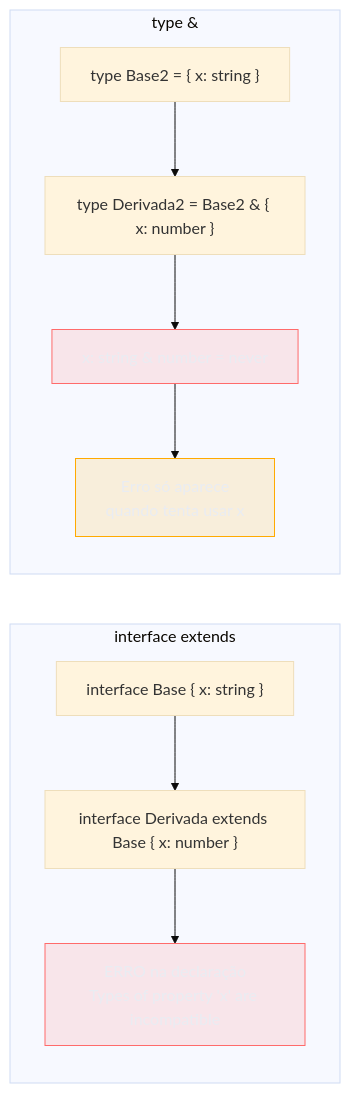
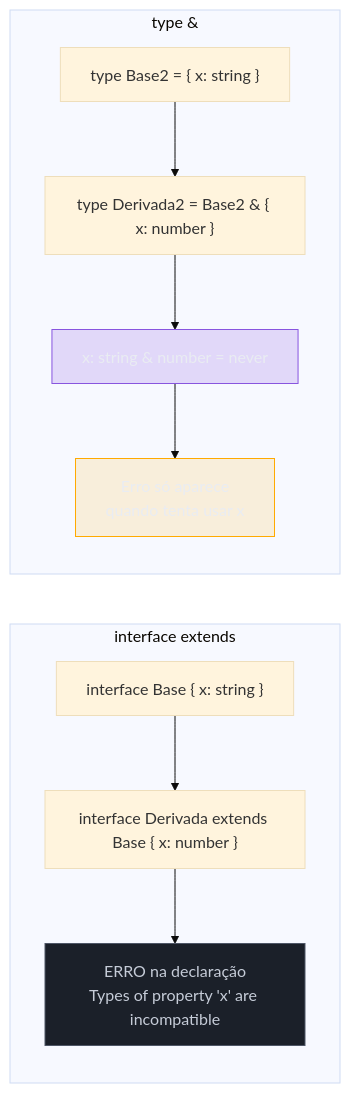
The second of 4 diagrams in 03-Dominios/Tecnologia/TypeScript/06 - Objetos - interface vs type.md (josenaldo/codex-technomanticus), drawn with Mermaid (base theme) before and after one commit. The commit also changed other lines of this file and 601 other files, not shown here.

````diff
--- a/03-Dominios/Tecnologia/TypeScript/06 - Objetos - interface vs type.md
+++ b/03-Dominios/Tecnologia/TypeScript/06 - Objetos - interface vs type.md
@@ -274,17 +273,18 @@
 ```mermaid
 flowchart LR
-    classDef falha fill:#FF6B6B24,stroke:#FF6B6B,color:#E9ECF2
+    classDef marca fill:#8855DF33,stroke:#8855DF,color:#E9ECF2
+    classDef neutro fill:#1B2029,stroke:#4E5666,color:#C6CCD8
     classDef destaque fill:#FFAA0024,stroke:#FFAA00,color:#E9ECF2
     subgraph EXT["interface extends"]
         A["interface Base { x: string }"] --> B["interface Derivada extends Base { x: number }"]
         B --> EERR["ERRO na declaração\nTypes of property 'x' are incompatible"]
-        class EERR falha
+        class EERR neutro
     end
     subgraph INT["type &"]
         C["type Base2 = { x: string }"] --> D["type Derivada2 = Base2 & { x: number }"]
         D --> ENEV["x: string & number = never"]
         ENEV --> IUSE["Erro só aparece\nquando tenta usar x"]
-        class ENEV falha
+        class ENEV marca
         class IUSE destaque
     end
 ```
````
